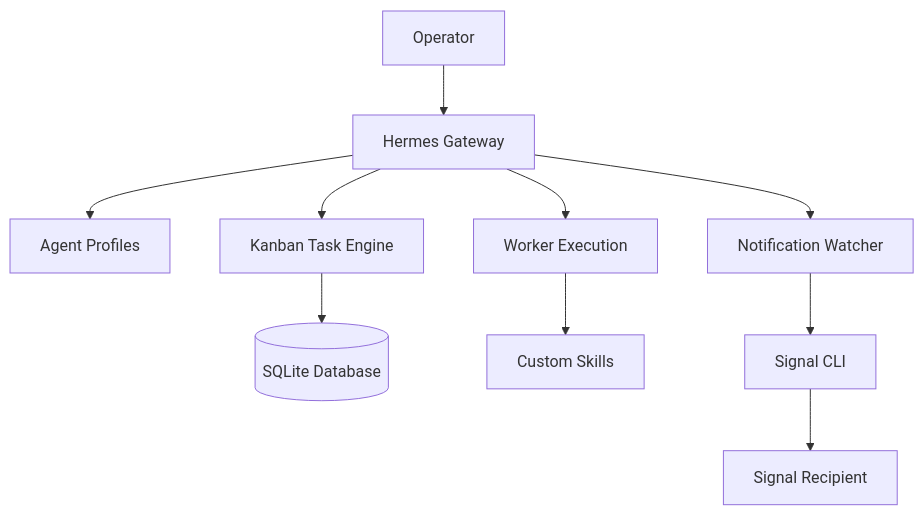
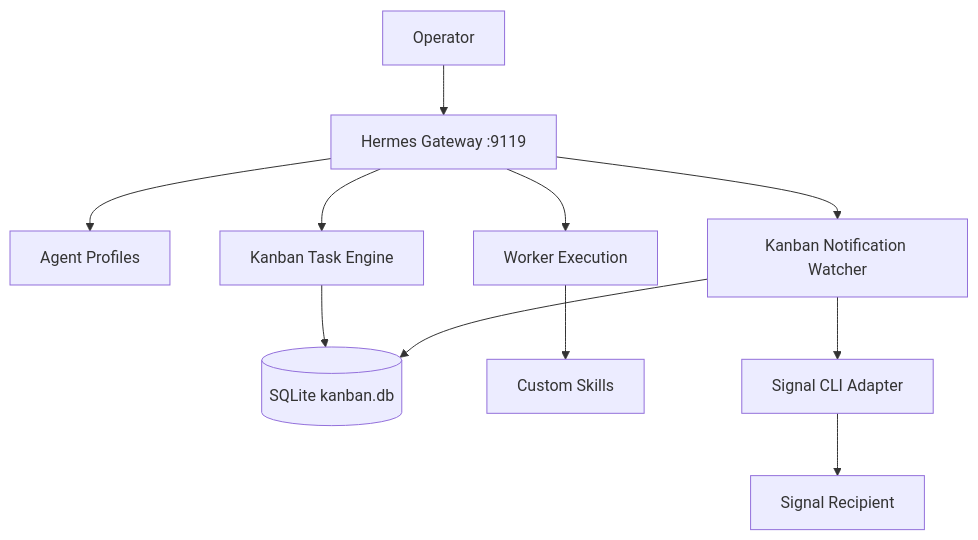
One commit to georgecejr/hermes-agent-security-automation-lab changed the first of 3 diagrams in README.md. Above: the diagram before and after it, drawn with Mermaid. The commit also changed other lines of this file and 4 other files, not shown here.

````diff
--- a/README.md
+++ b/README.md
@@ -123,23 +168,24 @@
 ```mermaid
 flowchart TD
     Operator[Operator]
-    Gateway[Hermes Gateway]
+    Gateway[Hermes Gateway :9119]
     Profiles[Agent Profiles]
     Kanban[Kanban Task Engine]
-    SQLite[(SQLite Database)]
+    SQLite[(SQLite kanban.db)]
     Worker[Worker Execution]
     Skills[Custom Skills]
-    Watcher[Notification Watcher]
-    SignalCLI[Signal CLI]
+    Watcher[Kanban Notification Watcher]
+    SignalCLI[Signal CLI Adapter]
     Recipient[Signal Recipient]
 
     Operator --> Gateway
     Gateway --> Profiles
     Gateway --> Kanban
     Kanban --> SQLite
     Gateway --> Worker
     Worker --> Skills
     Gateway --> Watcher
+    Watcher --> SQLite
     Watcher --> SignalCLI
     SignalCLI --> Recipient
 ```
````
